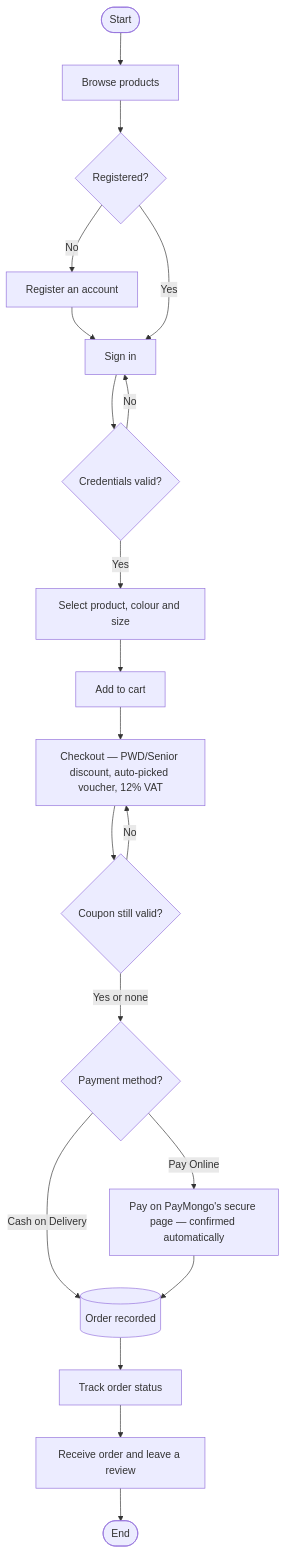
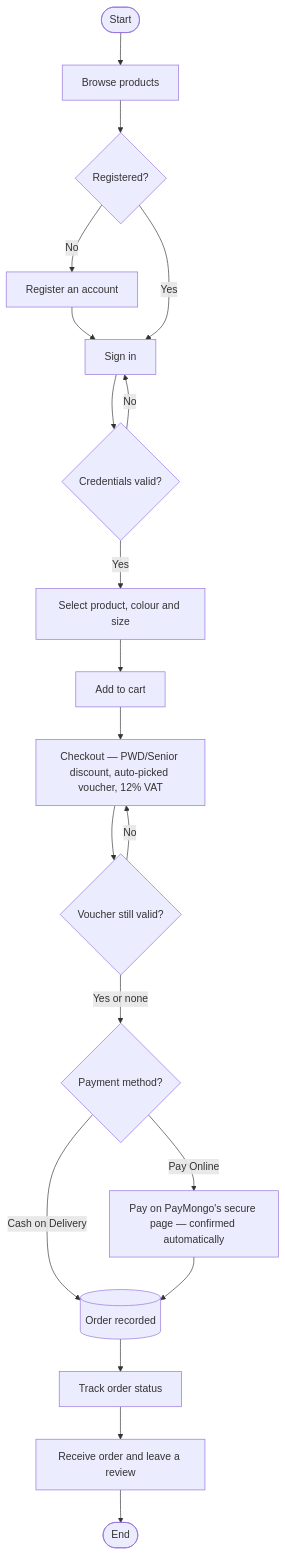
The first of 4 diagrams in docs/SYSTEM_FLOWCHART.md (kurooo-san/THREAD-AND-PRESS-HUB), drawn with Mermaid before and after one commit. The commit also changed other lines of this file and 31 other files, not shown here.

First line of the commit message:
Update docs and diagrams for vouchers, chat handoff and live status

````diff
--- a/docs/SYSTEM_FLOWCHART.md
+++ b/docs/SYSTEM_FLOWCHART.md
@@ -37,22 +37,22 @@
 ```mermaid
 flowchart TD
     A(["Start"]) --> B["Browse products"]
     B --> C{"Registered?"}
     C -- "No" --> D["Register an account"]
     D --> E
     C -- "Yes" --> E["Sign in"]
     E --> F{"Credentials valid?"}
     F -- "No" --> E
     F -- "Yes" --> G["Select product, colour and size"]
     G --> H["Add to cart"]
     H --> I["Checkout — PWD/Senior discount, auto-picked voucher, 12% VAT"]
-    I --> V{"Coupon still valid?"}
+    I --> V{"Voucher still valid?"}
     V -- "No" --> I
     V -- "Yes or none" --> J{"Payment method?"}
     J -- "Cash on Delivery" --> L
     J -- "Pay Online" --> K["Pay on PayMongo's secure page — confirmed automatically"]
     K --> L[("Order recorded")]
     L --> M["Track order status"]
     M --> N["Receive order and leave a review"]
     N --> O(["End"])
 ```
````
